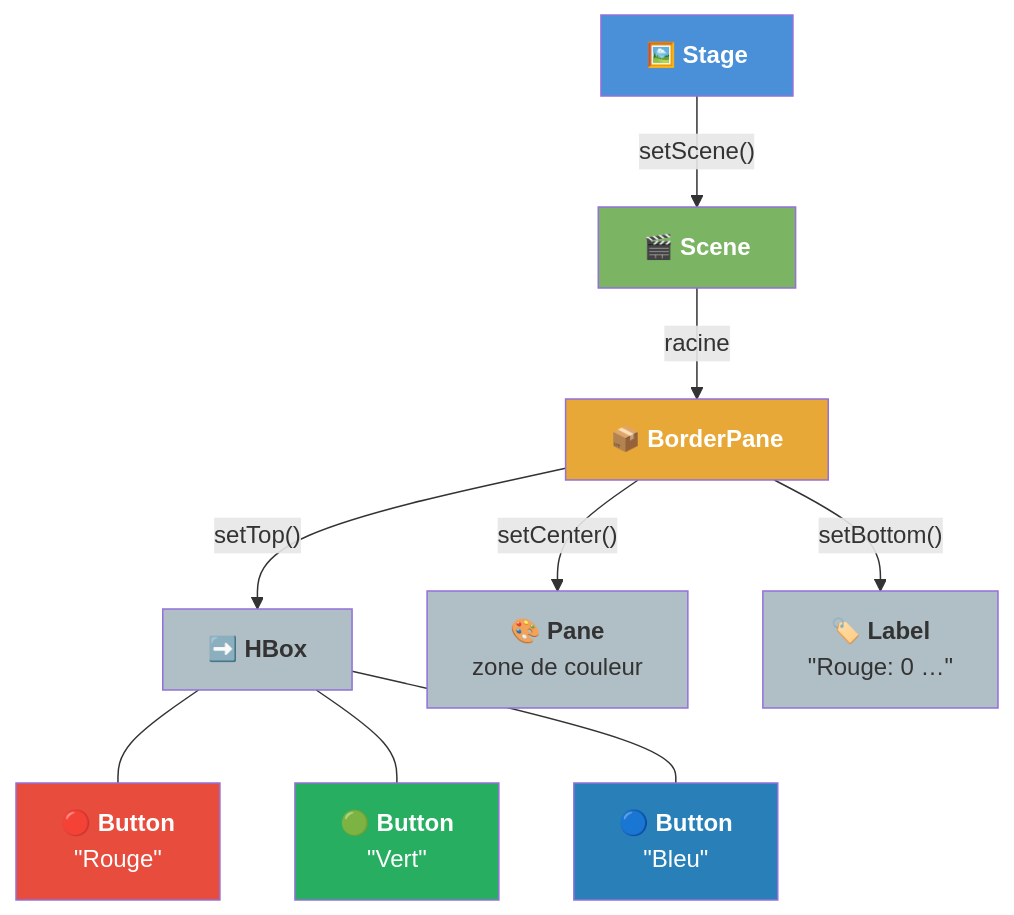
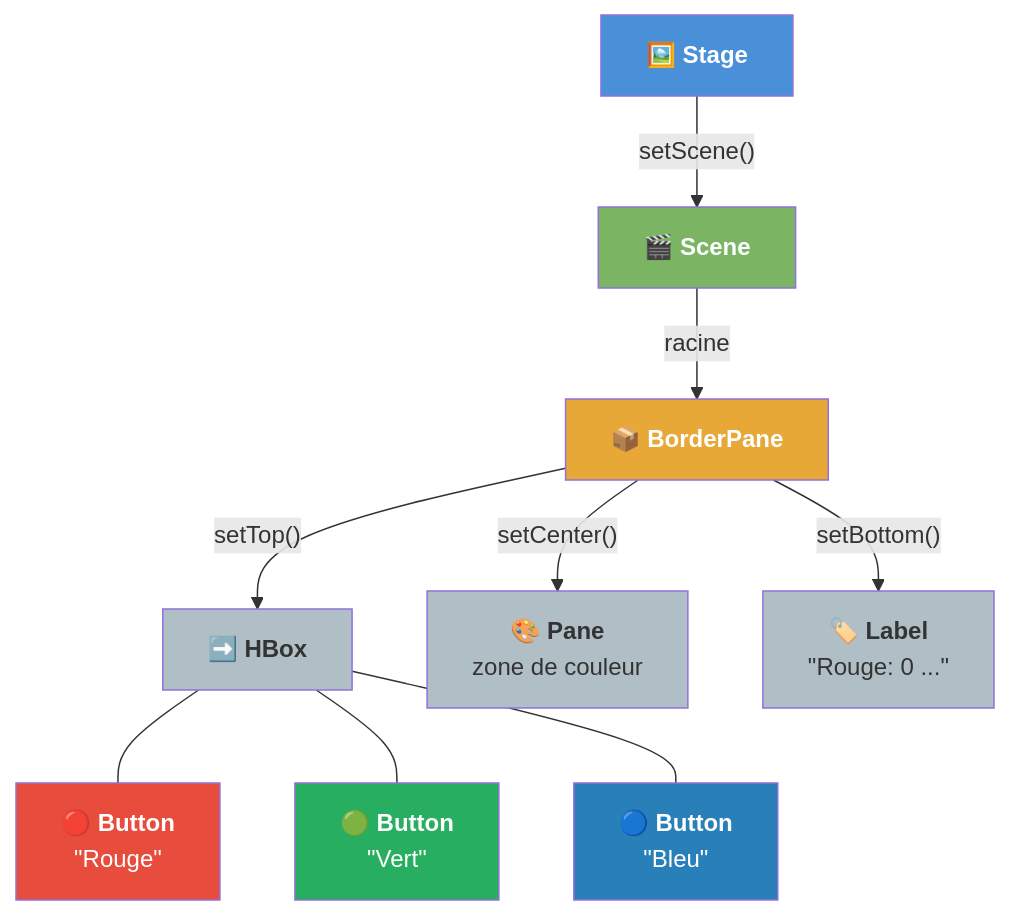
Before and after one commit to IUTInfoAix-R202-2026/tp1-Chtioui-1: the fifth of 9 diagrams in README.md, drawn with Mermaid. The commit also changed other lines of this file and 8 other files, not shown here.

````diff
--- a/README.md
+++ b/README.md
@@ -977,21 +975,21 @@
 ```mermaid
 graph TD
     ST["🖼️ <b>Stage</b>"] -->|"setScene()"| S["🎬 <b>Scene</b>"]
     S -->|"racine"| BP["📦 <b>BorderPane</b>"]
     BP -->|"setTop()"| H["➡️ <b>HBox</b>"]
     BP -->|"setCenter()"| Z["🎨 <b>Pane</b><br/>zone de couleur"]
-    BP -->|"setBottom()"| L["🏷️ <b>Label</b><br/>&quot;Rouge: 0 …&quot;"]
+    BP -->|"setBottom()"| L["🏷️ <b>Label</b><br/>&quot;Rouge: 0 ...&quot;"]
     H --- BR["🔴 <b>Button</b><br/>&quot;Rouge&quot;"]
     H --- BV["🟢 <b>Button</b><br/>&quot;Vert&quot;"]
     H --- BB["🔵 <b>Button</b><br/>&quot;Bleu&quot;"]
 
     style ST fill:#4a90d9,color:white
     style S fill:#7bb563,color:white
     style BP fill:#e8a838,color:white
     style H fill:#b0bec5,color:#333
     style Z fill:#b0bec5,color:#333
     style L fill:#b0bec5,color:#333
     style BR fill:#e74c3c,color:white
     style BV fill:#27ae60,color:white
     style BB fill:#2980b9,color:white
 ```
````
